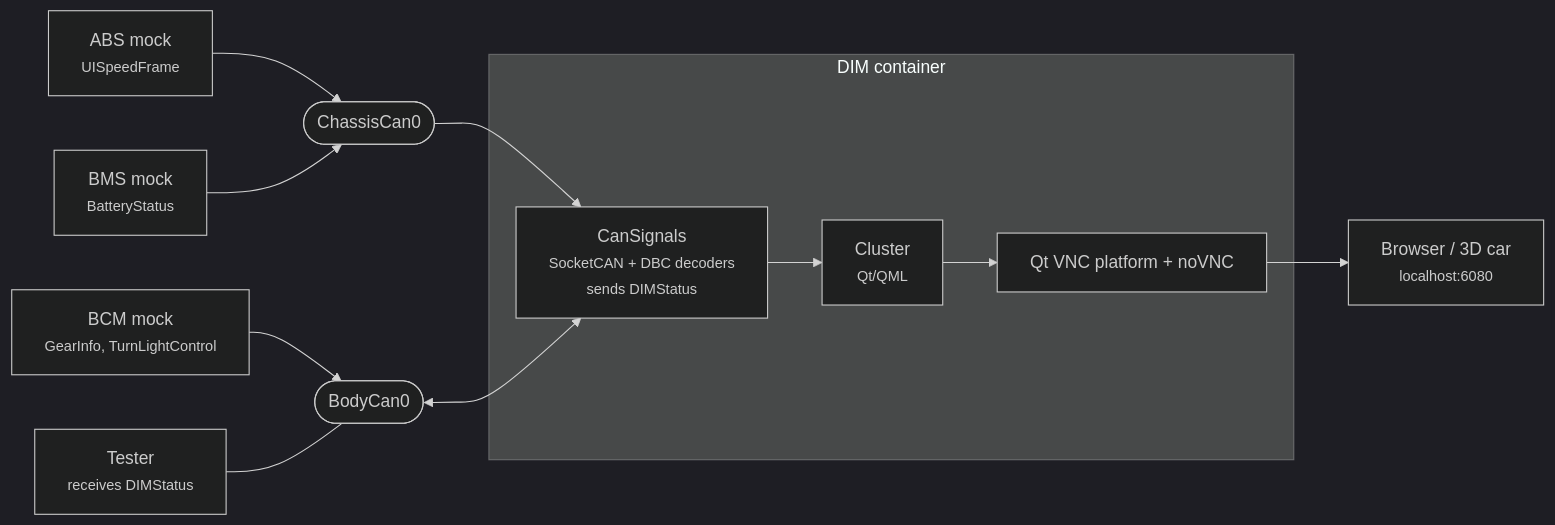
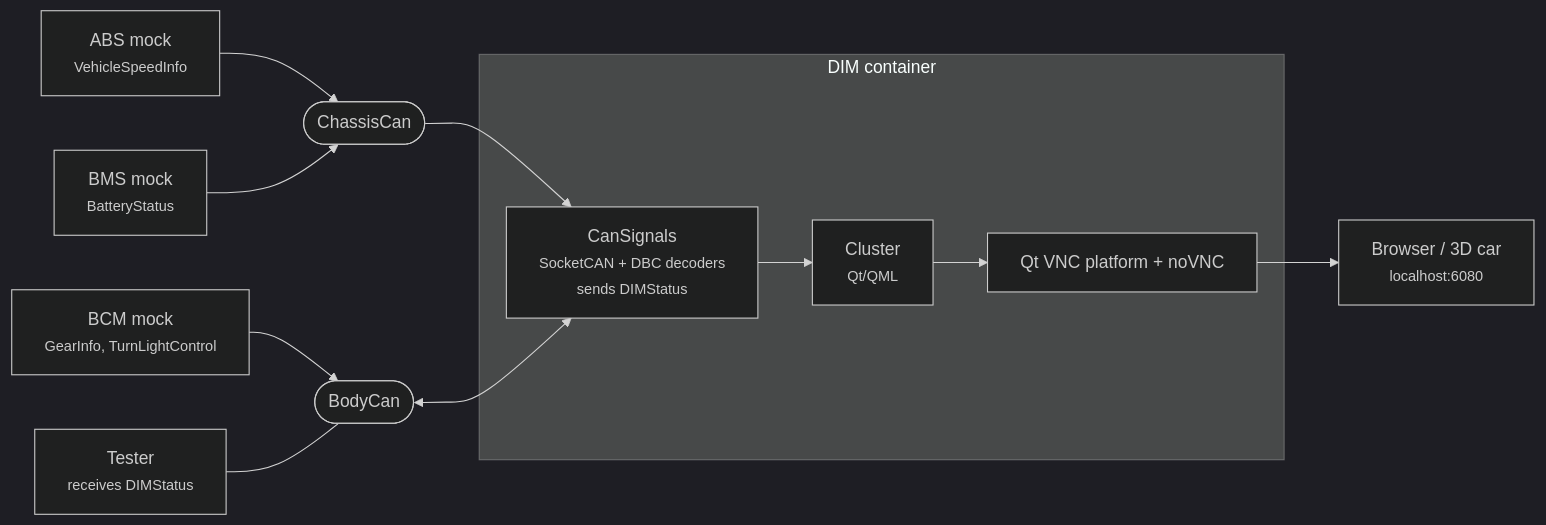
The diagram in remotive_car/instances/agl_cluster/README.md (remotivelabs/remotivelabs-topology-examples), drawn with Mermaid (dark theme) before and after one commit. The commit also changed other lines of this file and 41 other files, not shown here.

````diff
--- a/remotive_car/instances/agl_cluster/README.md
+++ b/remotive_car/instances/agl_cluster/README.md
@@ -21,24 +21,24 @@
 ```mermaid
 graph LR
-    ABS["ABS mock<br/><small>UISpeedFrame</small>"]
+    ABS["ABS mock<br/><small>VehicleSpeedInfo</small>"]
     BMS["BMS mock<br/><small>BatteryStatus</small>"]
     BCM["BCM mock<br/><small>GearInfo, TurnLightControl</small>"]
     TESTER["Tester<br/><small>receives DIMStatus</small>"]
-    CHASSIS([ChassisCan0])
-    BODY([BodyCan0])
+    CHASSIS([ChassisCan])
+    BODY([BodyCan])
     subgraph DIM container
         CAN["CanSignals<br/><small>SocketCAN + DBC decoders<br/>sends DIMStatus</small>"]
         UI["Cluster<br/><small>Qt/QML</small>"]
         VNC[Qt VNC platform + noVNC]
         CAN --> UI --> VNC
     end
     BROWSER["Browser / 3D car<br/><small>localhost:6080</small>"]
 
     ABS --> CHASSIS
     BMS --> CHASSIS
     BCM --> BODY
     TESTER --- BODY
     CHASSIS --> CAN
     BODY <--> CAN
     VNC --> BROWSER
 ```
````
